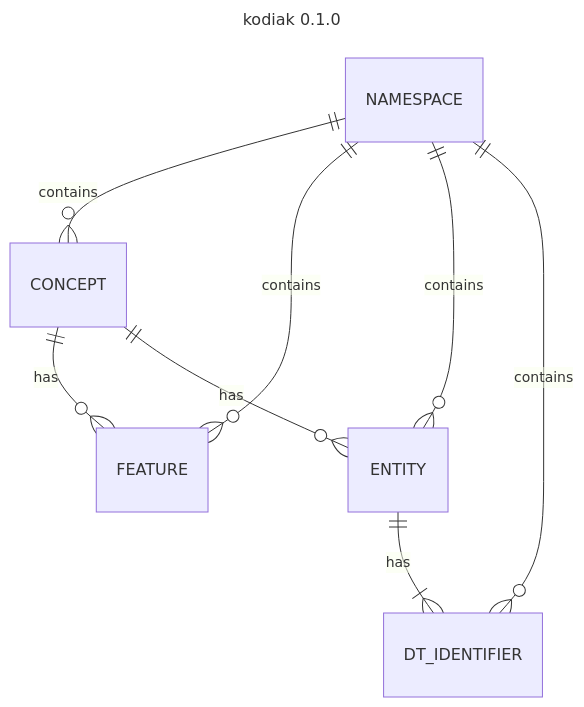
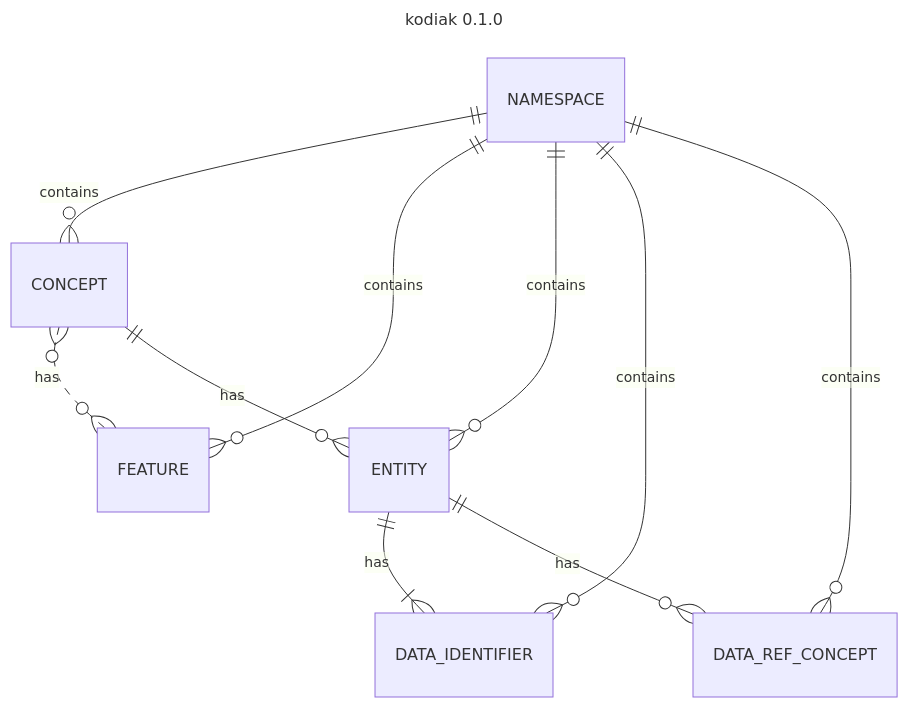
Before and after one commit to polarlabs/kodiak-diagrams: the first of 2 diagrams in README.md, drawn with Mermaid. The commit also changed other lines of this file, not shown here.

Commit message:
add: detailed view on NAMESPACE

````diff
--- a/README.md
+++ b/README.md
@@ -4,13 +4,15 @@
 ```mermaid
 ---
 title: kodiak 0.1.0
 ---
 erDiagram
     NAMESPACE ||--o{ CONCEPT : contains
     NAMESPACE ||--o{ FEATURE : contains
     NAMESPACE ||--o{ ENTITY : contains
-    NAMESPACE ||--o{ DT_IDENTIFIER : contains
-    CONCEPT ||--o{ FEATURE : has
+    NAMESPACE ||--o{ DATA_IDENTIFIER : contains
+    NAMESPACE ||--o{ DATA_REF_CONCEPT : contains
+    CONCEPT }o..o{ FEATURE : has
     CONCEPT ||--o{ ENTITY : has
-    ENTITY ||--|{DT_IDENTIFIER: has
+    ENTITY ||--|{DATA_IDENTIFIER: has
+    ENTITY ||--o{DATA_REF_CONCEPT: has
 ```
````
